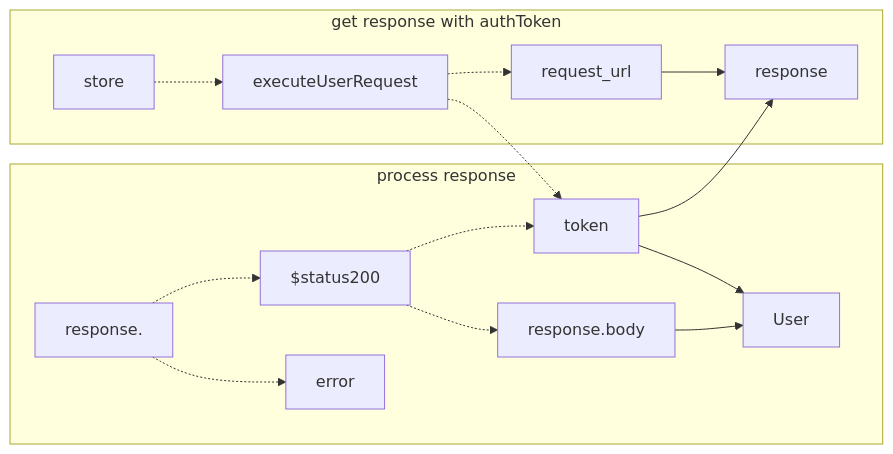
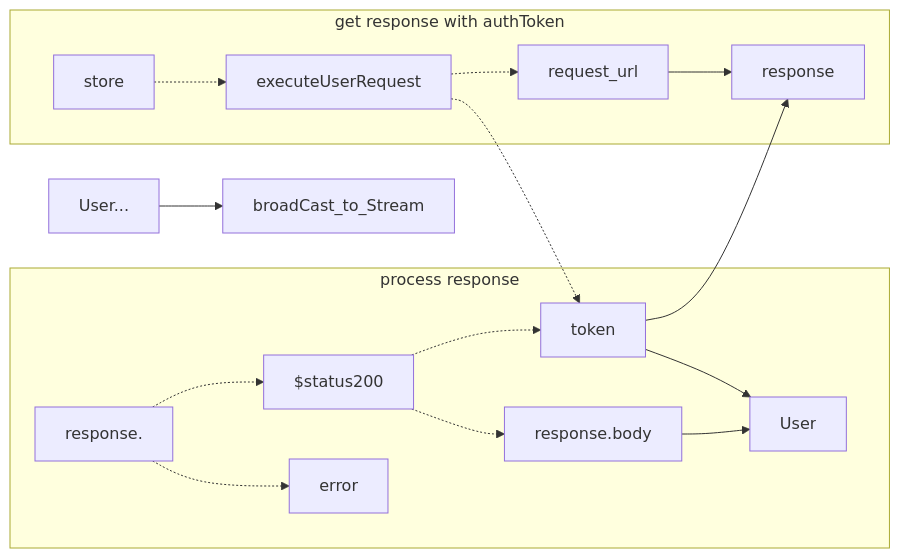
Before and after one commit to gordianknotC/nxp_note: diagram 12 of 13 in newage/astro.md, drawn with Mermaid. The commit also changed other lines of this file, not shown here.

Commit message:
newage/astro.md updated from https://stackedit.io/

````diff
--- a/newage/astro.md
+++ b/newage/astro.md
@@ -202,20 +202,22 @@
 ```mermaid
 graph LR
+User... --> broadCast_to_Stream
 
 subgraph process response
 	response. -.-> $status200
 	response. -.-> error
 	$status200 -.-> response.body
 	$status200 -.-> token
 	token --> User
 	response.body --> User
 end
 
 subgraph get response with authToken
 	store -.-> executeUserRequest
 	executeUserRequest -.-> token
 	executeUserRequest -.-> request_url
 	token --> response
 	request_url --> response
 end
+
 ```
````
